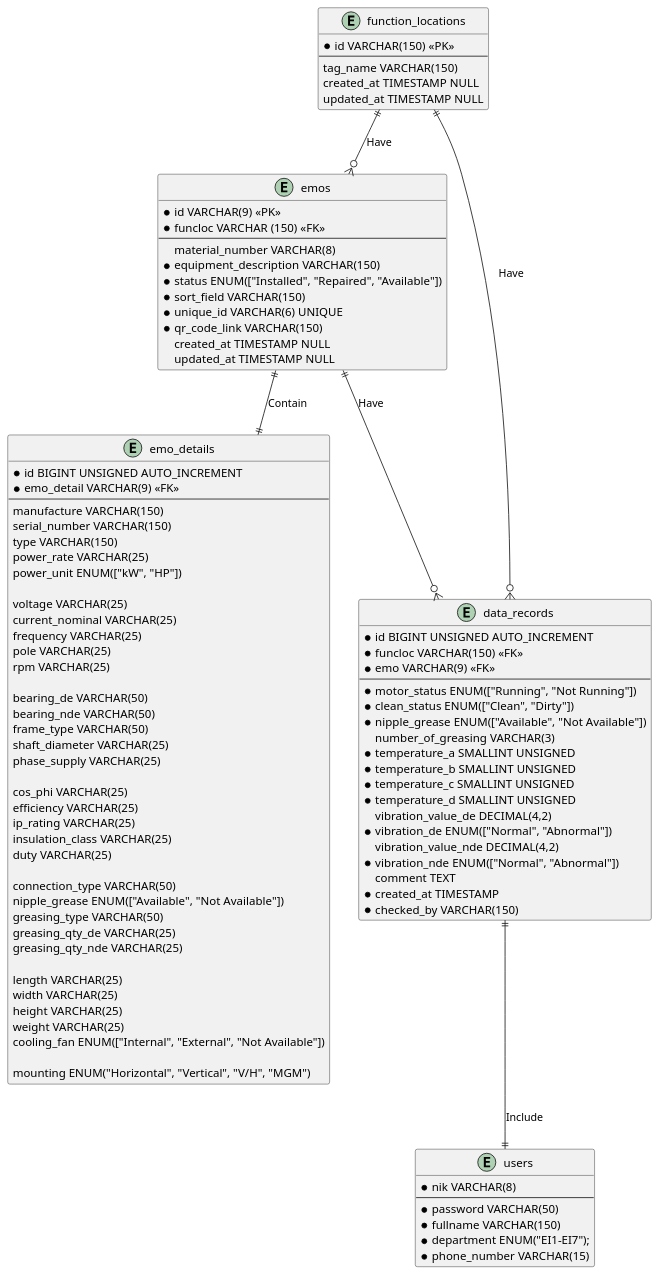
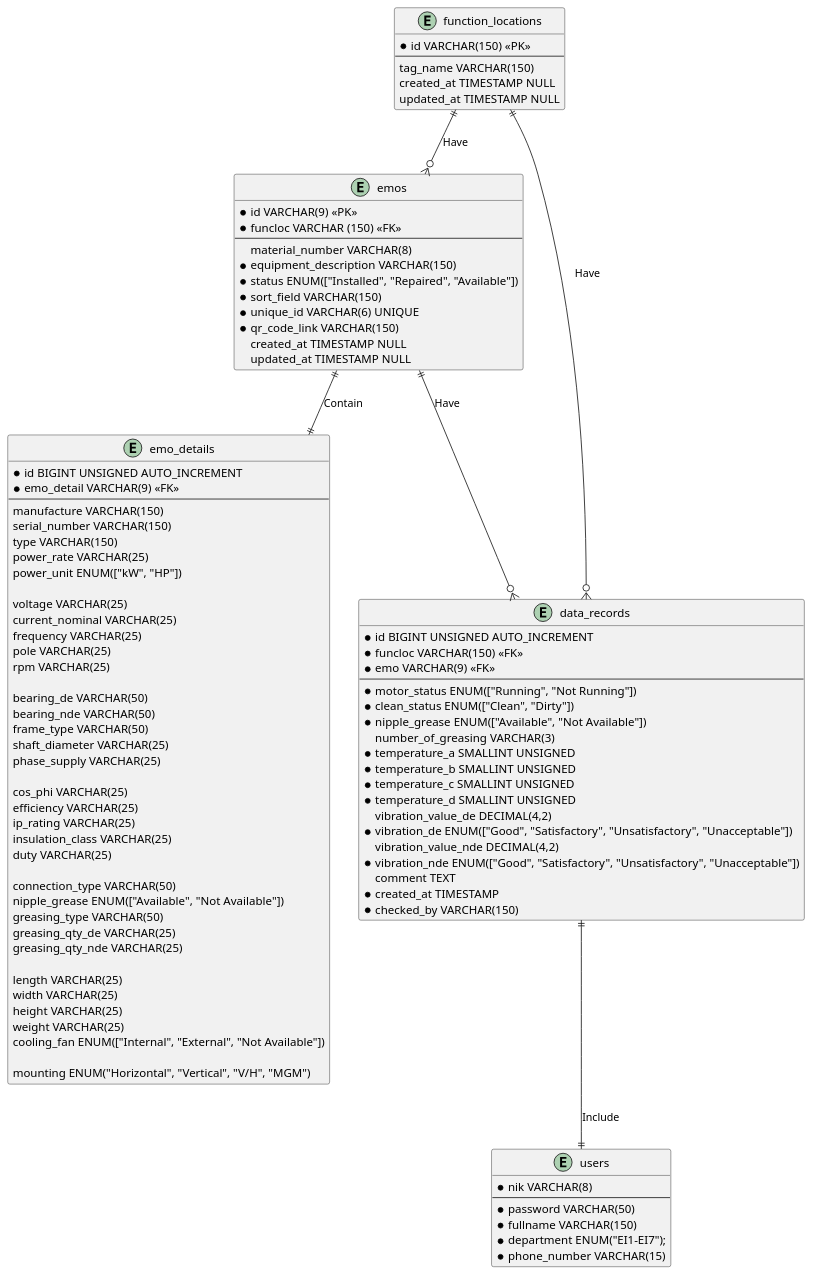
Before and after one commit to doniduaasattuu/fajar-e-maintenance: the diagram in database/fajar_e_maintenance.puml, drawn with PlantUML. The commit also changed 5 other files, not shown here.

```diff
--- a/database/fajar_e_maintenance.puml
+++ b/database/fajar_e_maintenance.puml
@@ -1,108 +1,108 @@
 @startuml fajar_e_maintenance
 
 entity function_locations
 {
     * id VARCHAR(150) <<PK>>
     --
       tag_name VARCHAR(150)
       created_at TIMESTAMP NULL
       updated_at TIMESTAMP NULL
 }
 
 entity emos
 {
     * id VARCHAR(9) <<PK>>
     * funcloc VARCHAR (150) <<FK>>
     --
       material_number VARCHAR(8)
     * equipment_description VARCHAR(150)
     * status ENUM(["Installed", "Repaired", "Available"])
     * sort_field VARCHAR(150)
     * unique_id VARCHAR(6) UNIQUE
     * qr_code_link VARCHAR(150) 
       created_at TIMESTAMP NULL
       updated_at TIMESTAMP NULL
 }
 
 entity emo_details {
     * id BIGINT UNSIGNED AUTO_INCREMENT
     * emo_detail VARCHAR(9) <<FK>>
     --
     manufacture VARCHAR(150)
     serial_number VARCHAR(150)
     type VARCHAR(150)
     power_rate VARCHAR(25)
     power_unit ENUM(["kW", "HP"])
 
     voltage VARCHAR(25)
     current_nominal VARCHAR(25)
     frequency VARCHAR(25)
     pole VARCHAR(25)
     rpm VARCHAR(25)
 
     bearing_de VARCHAR(50)
     bearing_nde VARCHAR(50)
     frame_type VARCHAR(50)
     shaft_diameter VARCHAR(25)
     phase_supply VARCHAR(25)
 
     cos_phi VARCHAR(25)
     efficiency VARCHAR(25)
     ip_rating VARCHAR(25)
     insulation_class VARCHAR(25)
     duty VARCHAR(25)
 
     connection_type VARCHAR(50)
     nipple_grease ENUM(["Available", "Not Available"])
     greasing_type VARCHAR(50)
     greasing_qty_de VARCHAR(25)
     greasing_qty_nde VARCHAR(25)
 
     length VARCHAR(25)
     width VARCHAR(25)
     height VARCHAR(25)
     weight VARCHAR(25)
     cooling_fan ENUM(["Internal", "External", "Not Available"])
 
     mounting ENUM("Horizontal", "Vertical", "V/H", "MGM")
 }
 
 entity data_records {
     * id BIGINT UNSIGNED AUTO_INCREMENT
     * funcloc VARCHAR(150) <<FK>>
     * emo VARCHAR(9) <<FK>>
     --
     * motor_status ENUM(["Running", "Not Running"])
     * clean_status ENUM(["Clean", "Dirty"])
     * nipple_grease ENUM(["Available", "Not Available"])
       number_of_greasing VARCHAR(3)
     * temperature_a SMALLINT UNSIGNED
     * temperature_b SMALLINT UNSIGNED
     * temperature_c SMALLINT UNSIGNED
     * temperature_d SMALLINT UNSIGNED
       vibration_value_de DECIMAL(4,2)
-    * vibration_de ENUM(["Normal", "Abnormal"])
+    * vibration_de ENUM(["Good", "Satisfactory", "Unsatisfactory", "Unacceptable"])
       vibration_value_nde DECIMAL(4,2)
-    * vibration_nde ENUM(["Normal", "Abnormal"])
+    * vibration_nde ENUM(["Good", "Satisfactory", "Unsatisfactory", "Unacceptable"])
       comment TEXT
     * created_at TIMESTAMP
     * checked_by VARCHAR(150)
 }
 
 entity users {
     * nik VARCHAR(8)
     --
     * password VARCHAR(50)
     * fullname VARCHAR(150)
     * department ENUM("EI1-EI7");
     * phone_number VARCHAR(15)
 }
  
 function_locations ||--o{ emos : Have
 function_locations ||--o{ data_records : Have
 emos ||--o{ data_records : Have
 emos ||--|| emo_details : Contain
 data_records ||--|| users : Include
 
 
 @enduml
```
